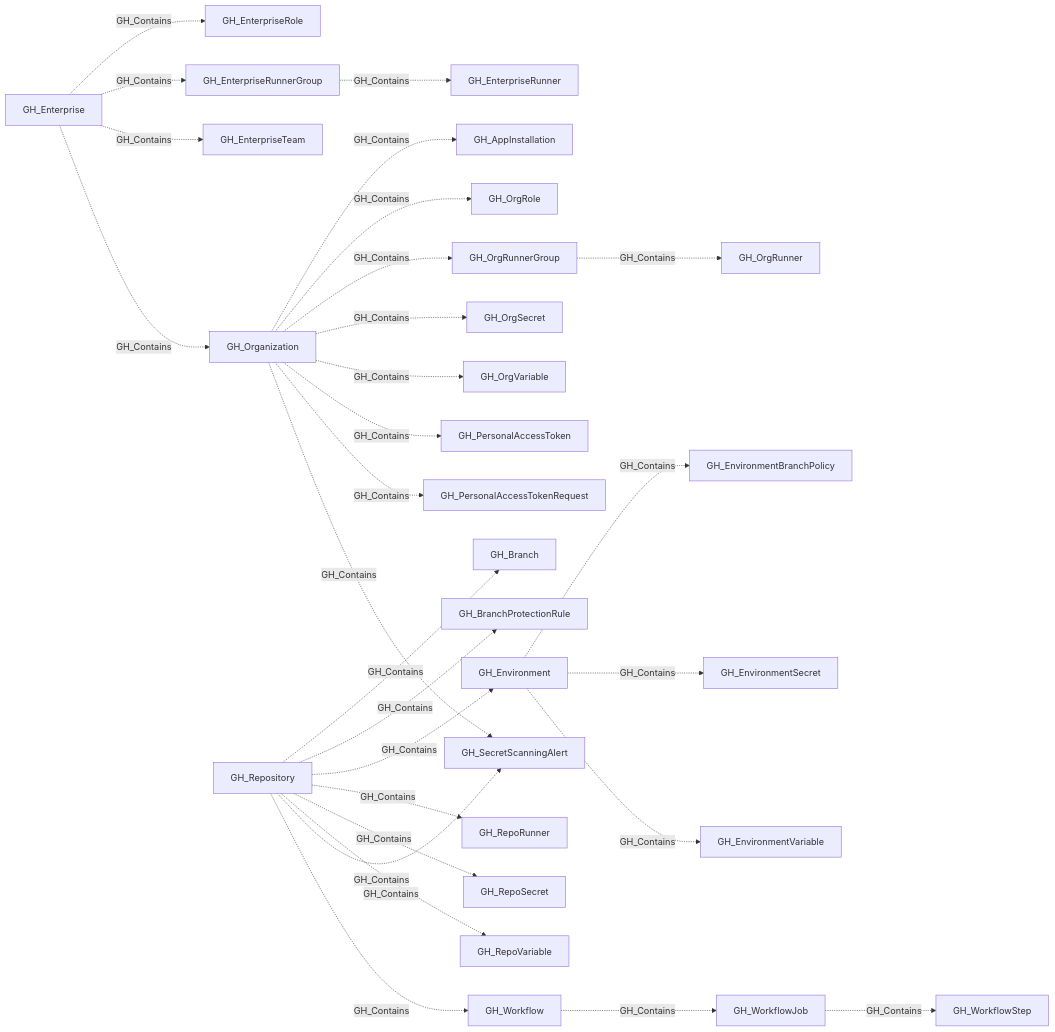
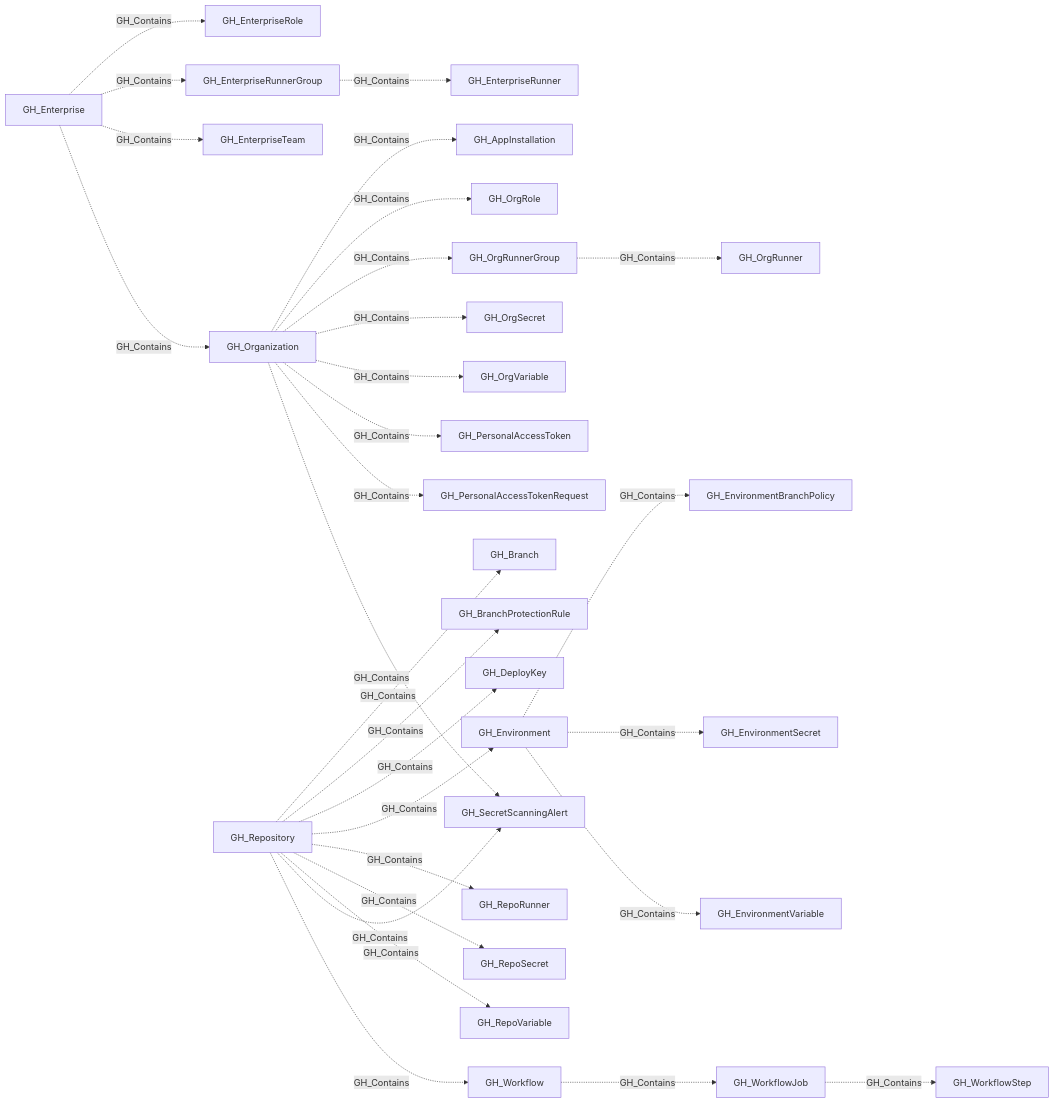
Before and after one commit to SpecterOps/bloodhound-docs: the second of 2 diagrams in docs/opengraph/extensions/github/edges/gh_contains.mdx, drawn with Mermaid. The commit also changed other lines of this file and 33 other files, not shown here.

````diff
--- a/docs/opengraph/extensions/github/edges/gh_contains.mdx
+++ b/docs/opengraph/extensions/github/edges/gh_contains.mdx
@@ -139,58 +143,60 @@
 ```mermaid
 graph LR
     n0["GH_Enterprise"]
     n1["GH_EnterpriseRole"]
     n2["GH_EnterpriseRunnerGroup"]
     n3["GH_EnterpriseTeam"]
     n4["GH_Organization"]
     n5["GH_EnterpriseRunner"]
     n6["GH_Environment"]
     n7["GH_EnvironmentBranchPolicy"]
     n8["GH_EnvironmentSecret"]
     n9["GH_EnvironmentVariable"]
     n10["GH_OrgRunnerGroup"]
     n11["GH_OrgRunner"]
     n12["GH_AppInstallation"]
     n13["GH_OrgRole"]
     n14["GH_OrgSecret"]
     n15["GH_OrgVariable"]
     n16["GH_PersonalAccessToken"]
     n17["GH_PersonalAccessTokenRequest"]
     n18["GH_SecretScanningAlert"]
     n19["GH_Repository"]
     n20["GH_Branch"]
     n21["GH_BranchProtectionRule"]
-    n22["GH_RepoRunner"]
-    n23["GH_RepoSecret"]
-    n24["GH_RepoVariable"]
-    n25["GH_Workflow"]
-    n26["GH_WorkflowJob"]
-    n27["GH_WorkflowStep"]
+    n22["GH_DeployKey"]
+    n23["GH_RepoRunner"]
+    n24["GH_RepoSecret"]
+    n25["GH_RepoVariable"]
+    n26["GH_Workflow"]
+    n27["GH_WorkflowJob"]
+    n28["GH_WorkflowStep"]
     n0 -.->|GH_Contains| n1
     n0 -.->|GH_Contains| n2
     n0 -.->|GH_Contains| n3
     n0 -.->|GH_Contains| n4
     n2 -.->|GH_Contains| n5
     n6 -.->|GH_Contains| n7
     n6 -.->|GH_Contains| n8
     n6 -.->|GH_Contains| n9
     n10 -.->|GH_Contains| n11
     n4 -.->|GH_Contains| n12
     n4 -.->|GH_Contains| n13
     n4 -.->|GH_Contains| n10
     n4 -.->|GH_Contains| n14
     n4 -.->|GH_Contains| n15
     n4 -.->|GH_Contains| n16
     n4 -.->|GH_Contains| n17
     n4 -.->|GH_Contains| n18
     n19 -.->|GH_Contains| n20
     n19 -.->|GH_Contains| n21
+    n19 -.->|GH_Contains| n22
     n19 -.->|GH_Contains| n6
-    n19 -.->|GH_Contains| n22
     n19 -.->|GH_Contains| n23
     n19 -.->|GH_Contains| n24
+    n19 -.->|GH_Contains| n25
     n19 -.->|GH_Contains| n18
-    n19 -.->|GH_Contains| n25
-    n25 -.->|GH_Contains| n26
+    n19 -.->|GH_Contains| n26
     n26 -.->|GH_Contains| n27
+    n27 -.->|GH_Contains| n28
 ```
````
